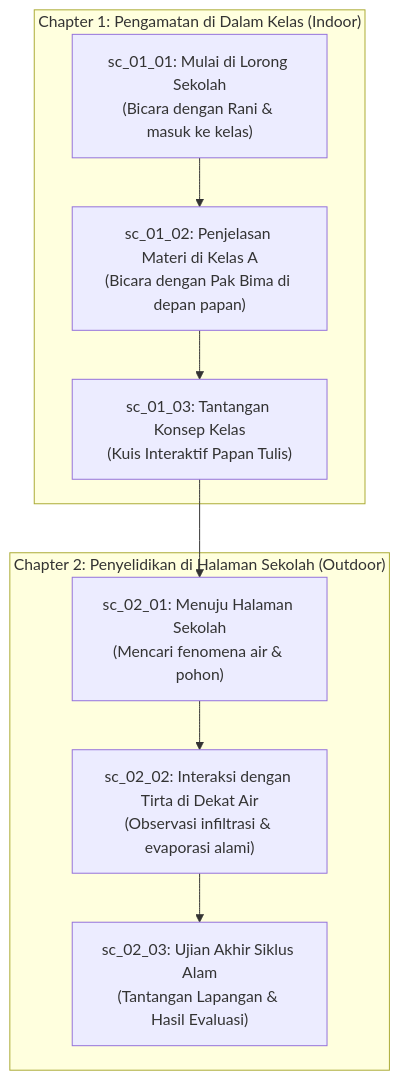
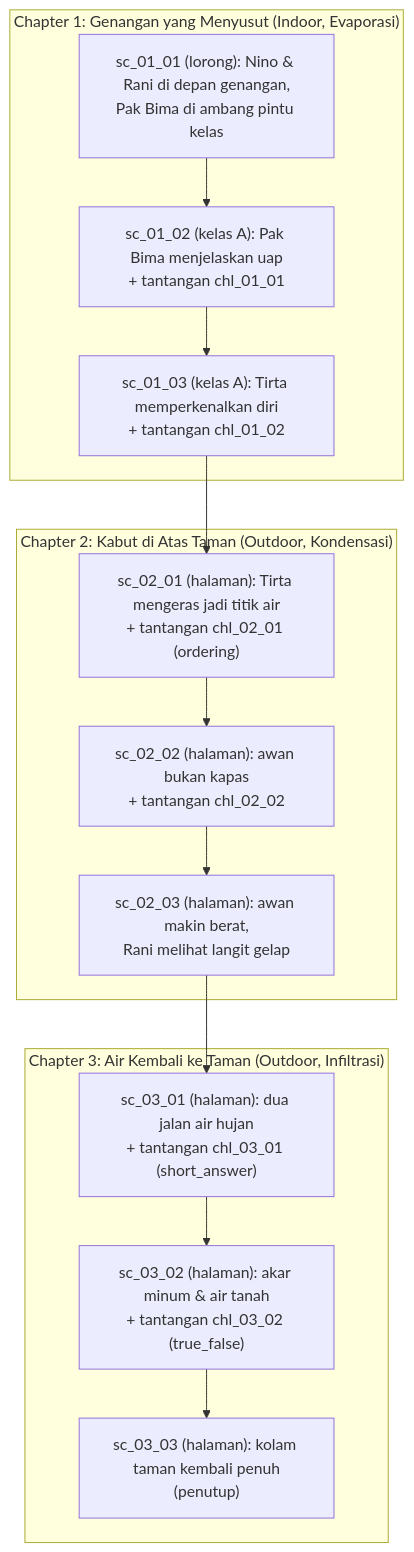
One commit to justeita/ClassQuest changed the diagram in docs/04-game/plan-map-character-demo.md. Above: the diagram before and after it, drawn with Mermaid. The commit also changed other lines of this file, not shown here.

````diff
--- a/docs/04-game/plan-map-character-demo.md
+++ b/docs/04-game/plan-map-character-demo.md
@@ -166,13 +167,19 @@
 ```mermaid
 flowchart TD
-  subgraph Chapter1["Chapter 1: Pengamatan di Dalam Kelas (Indoor)"]
-    S1["sc_01_01: Mulai di Lorong Sekolah<br/>(Bicara dengan Rani & masuk ke kelas)"] --> S2["sc_01_02: Penjelasan Materi di Kelas A<br/>(Bicara dengan Pak Bima di depan papan)"]
-    S2 --> S3["sc_01_03: Tantangan Konsep Kelas<br/>(Kuis Interaktif Papan Tulis)"]
+  subgraph Chapter1["Chapter 1: Genangan yang Menyusut (Indoor, Evaporasi)"]
+    S1["sc_01_01 (lorong): Nino & Rani di depan genangan,<br/>Pak Bima di ambang pintu kelas"] --> S2["sc_01_02 (kelas A): Pak Bima menjelaskan uap<br/>+ tantangan chl_01_01"]
+    S2 --> S3["sc_01_03 (kelas A): Tirta memperkenalkan diri<br/>+ tantangan chl_01_02"]
   end
 
-  subgraph Chapter2["Chapter 2: Penyelidikan di Halaman Sekolah (Outdoor)"]
-    S3 --> S4["sc_02_01: Menuju Halaman Sekolah<br/>(Mencari fenomena air & pohon)"]
-    S4 --> S5["sc_02_02: Interaksi dengan Tirta di Dekat Air<br/>(Observasi infiltrasi & evaporasi alami)"]
-    S5 --> S6["sc_02_03: Ujian Akhir Siklus Alam<br/>(Tantangan Lapangan & Hasil Evaluasi)"]
+  subgraph Chapter2["Chapter 2: Kabut di Atas Taman (Outdoor, Kondensasi)"]
+    S3 --> S4["sc_02_01 (halaman): Tirta mengeras jadi titik air<br/>+ tantangan chl_02_01 (ordering)"]
+    S4 --> S5["sc_02_02 (halaman): awan bukan kapas<br/>+ tantangan chl_02_02"]
+    S5 --> S6["sc_02_03 (halaman): awan makin berat,<br/>Rani melihat langit gelap"]
+  end
+
+  subgraph Chapter3["Chapter 3: Air Kembali ke Taman (Outdoor, Infiltrasi)"]
+    S6 --> S7["sc_03_01 (halaman): dua jalan air hujan<br/>+ tantangan chl_03_01 (short_answer)"]
+    S7 --> S8["sc_03_02 (halaman): akar minum & air tanah<br/>+ tantangan chl_03_02 (true_false)"]
+    S8 --> S9["sc_03_03 (halaman): kolam taman kembali penuh<br/>(penutup)"]
   end
 ```
````
